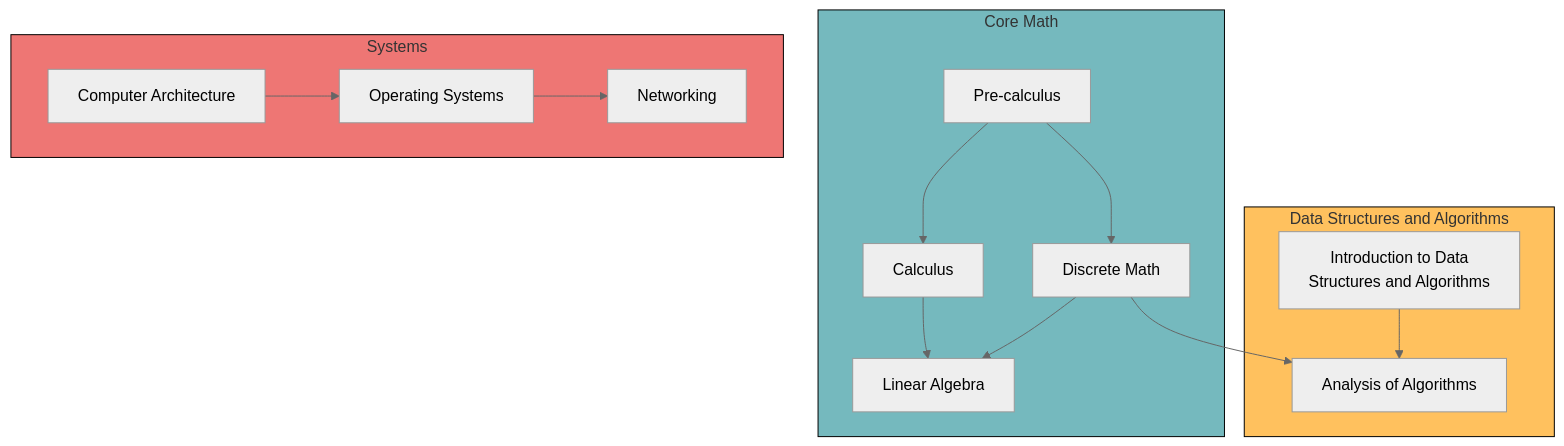
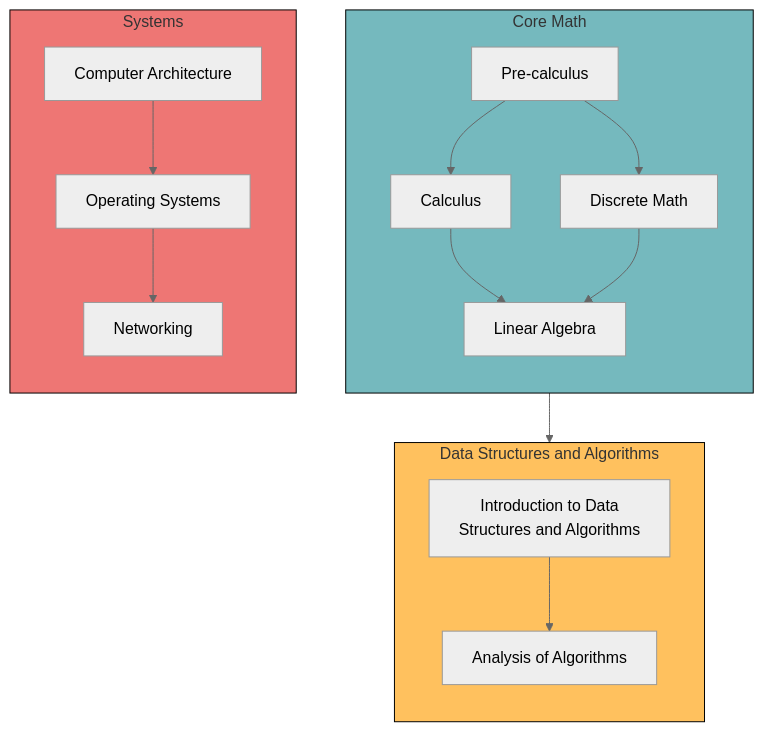
One commit to jdglaser/self-study-cs changed the diagram in README.md. Above: the diagram before and after it, drawn with Mermaid (neutral theme).

Commit message:
fix direction

````diff
--- a/README.md
+++ b/README.md
@@ -53,19 +53,22 @@
 ```mermaid
 flowchart TB
     subgraph se1[Core Math]
+    direction TB
     style se1 fill:#75B9BE,stroke:#000
         A[Pre-calculus] --> B[Calculus] & C[Discrete Math]
         B & C --> D[Linear Algebra]
     end
     subgraph se2[Data Structures and Algorithms]
+    direction TB
     style se2 fill:#FFC15E,stroke:#000
         E[Introduction to Data\n Structures and Algorithms]
         C & E --> F[Analysis of Algorithms]
     end
     subgraph se3[Systems]
+    direction TB
     style se3 fill:#EE7674,stroke:#000
         G[Computer Architecture] -->
         H[Operating Systems] -->
         I[Networking]
     end
 ```
````
